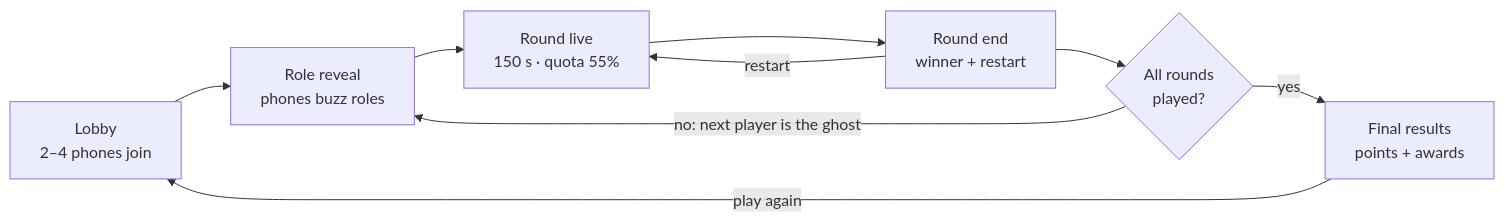
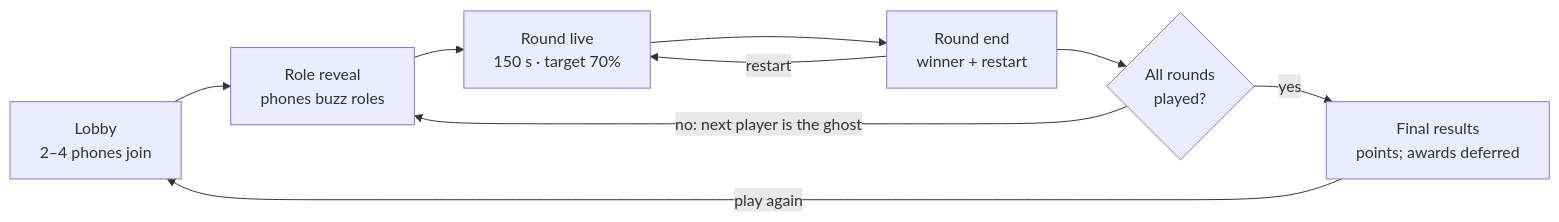
The first of 2 diagrams in ghosted-movers-spec.md (AtharvK-28/GameDevHack), drawn with Mermaid before and after one commit. The commit also changed other lines of this file and 1 other file, not shown here.

````diff
--- a/ghosted-movers-spec.md
+++ b/ghosted-movers-spec.md
@@ -53,11 +64,11 @@
 ```mermaid
 flowchart LR
   L["Lobby<br/>2–4 phones join"] --> R["Role reveal<br/>phones buzz roles"]
-  R --> LIVE["Round live<br/>150 s · quota 55%"]
+  R --> LIVE["Round live<br/>150 s · target 70%"]
   LIVE --> E["Round end<br/>winner + restart"]
   E -- restart --> LIVE
   E --> D{"All rounds<br/>played?"}
   D -- "no: next player is the ghost" --> R
-  D -- yes --> F["Final results<br/>points + awards"]
+  D -- yes --> F["Final results<br/>points; awards deferred"]
   F -- play again --> L
 ```
````
